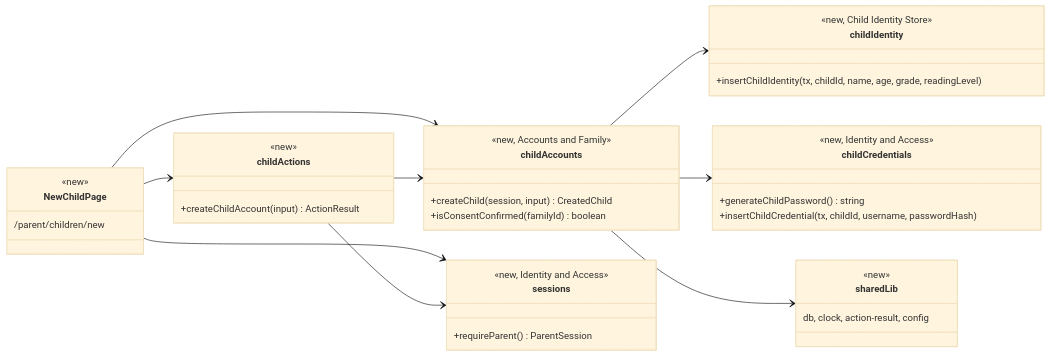
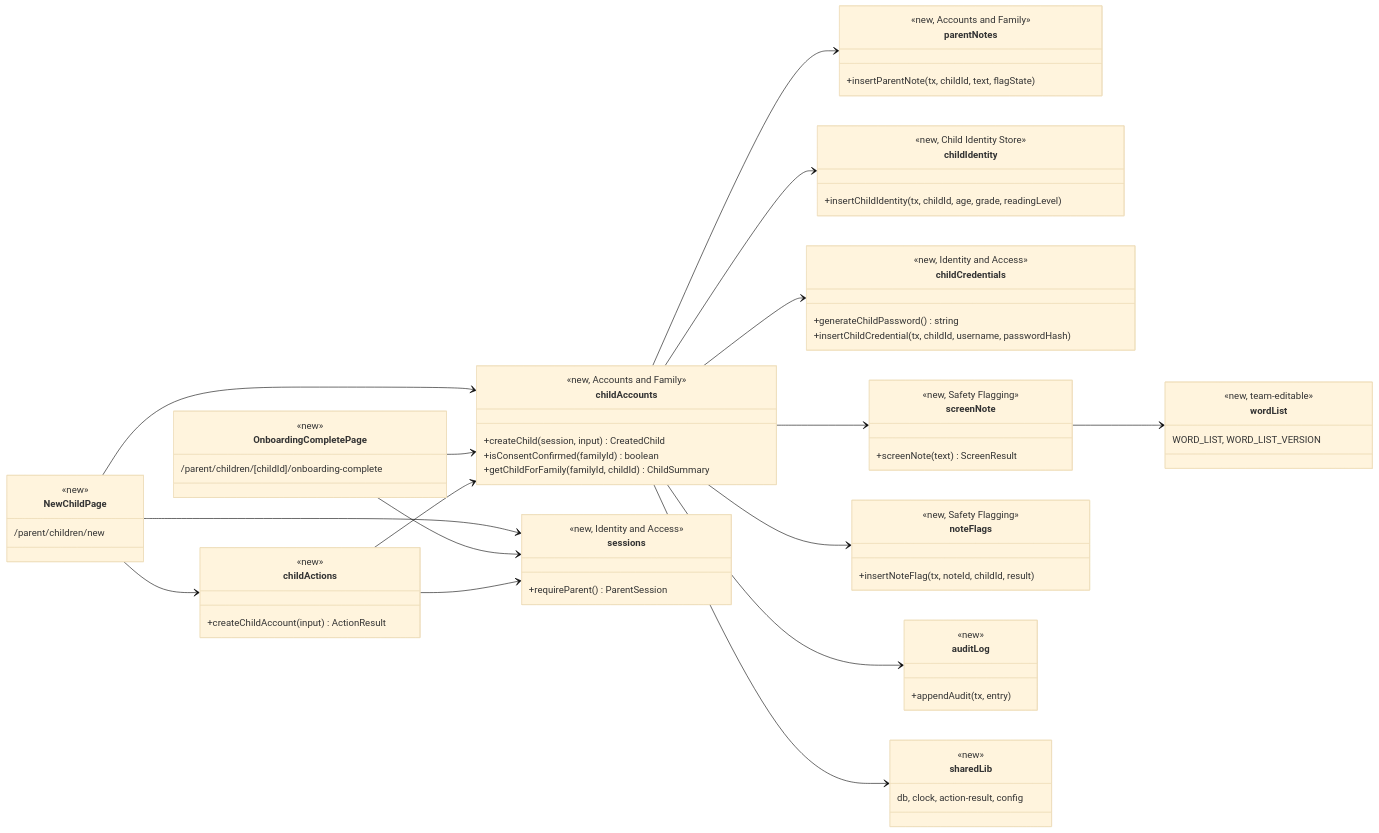
Before and after one commit to videogames21/book_buddies: the first of 3 diagrams in design/par.md, drawn with Mermaid (base theme). The commit also changed other lines of this file and 6 other files, not shown here.

````diff
--- a/design/par.md
+++ b/design/par.md
@@ -52,42 +52,74 @@
 ```mermaid
 classDiagram
     direction LR
     class NewChildPage {
         <<new>>
         /parent/children/new
+    }
+    class OnboardingCompletePage {
+        <<new>>
+        /parent/children/[childId]/onboarding-complete
     }
     class childActions {
         <<new>>
         +createChildAccount(input) ActionResult
     }
     class childAccounts {
         <<new, Accounts and Family>>
         +createChild(session, input) CreatedChild
         +isConsentConfirmed(familyId) boolean
+        +getChildForFamily(familyId, childId) ChildSummary
+    }
+    class parentNotes {
+        <<new, Accounts and Family>>
+        +insertParentNote(tx, childId, text, flagState)
     }
     class childIdentity {
         <<new, Child Identity Store>>
-        +insertChildIdentity(tx, childId, name, age, grade, readingLevel)
+        +insertChildIdentity(tx, childId, age, grade, readingLevel)
     }
     class childCredentials {
         <<new, Identity and Access>>
         +generateChildPassword() string
         +insertChildCredential(tx, childId, username, passwordHash)
     }
     class sessions {
         <<new, Identity and Access>>
         +requireParent() ParentSession
     }
+    class screenNote {
+        <<new, Safety Flagging>>
+        +screenNote(text) ScreenResult
+    }
+    class noteFlags {
+        <<new, Safety Flagging>>
+        +insertNoteFlag(tx, noteId, childId, result)
+    }
+    class wordList {
+        <<new, team-editable>>
+        WORD_LIST, WORD_LIST_VERSION
+    }
+    class auditLog {
+        <<new>>
+        +appendAudit(tx, entry)
+    }
     class sharedLib {
         <<new>>
         db, clock, action-result, config
     }
     NewChildPage --> childActions
     NewChildPage --> sessions
     NewChildPage --> childAccounts
+    OnboardingCompletePage --> sessions
+    OnboardingCompletePage --> childAccounts
     childActions --> sessions
     childActions --> childAccounts
+    childAccounts --> screenNote
+    childAccounts --> parentNotes
     childAccounts --> childIdentity
     childAccounts --> childCredentials
+    childAccounts --> noteFlags
+    childAccounts --> auditLog
     childAccounts --> sharedLib
+    screenNote --> wordList
 ```
````
